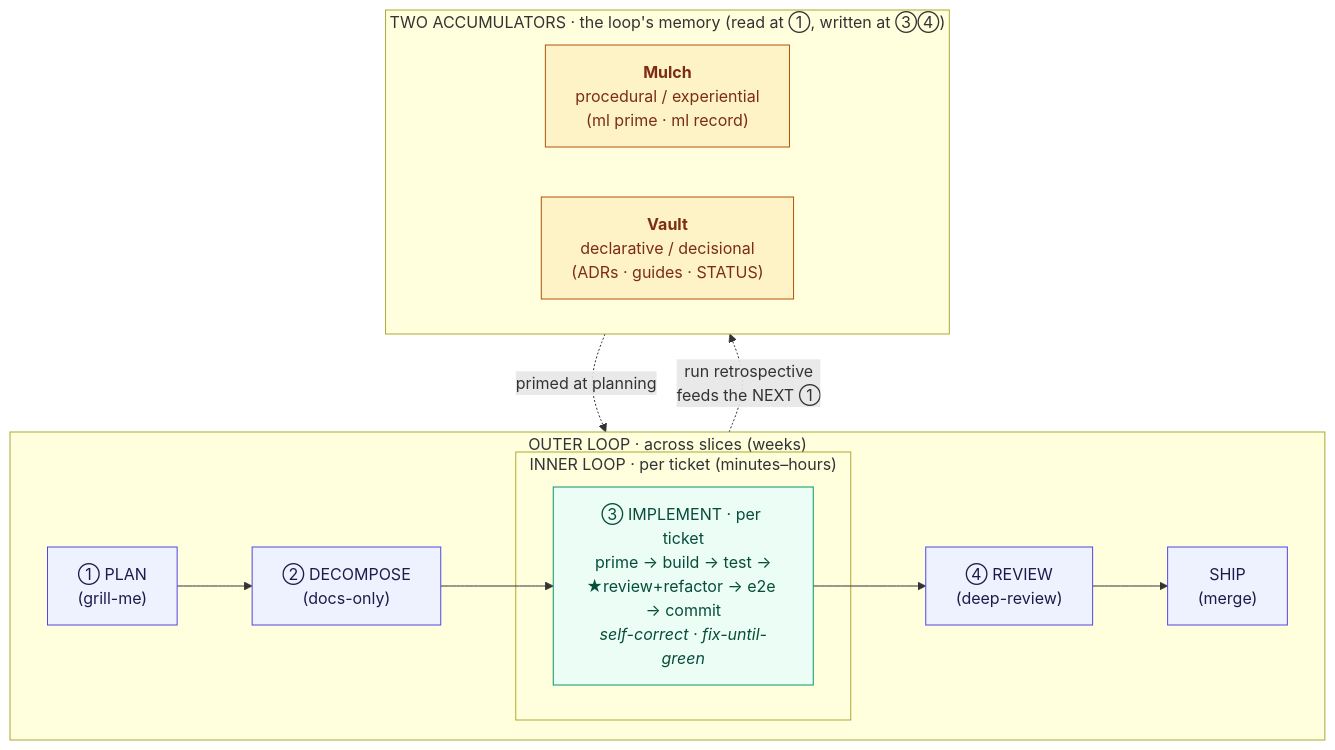
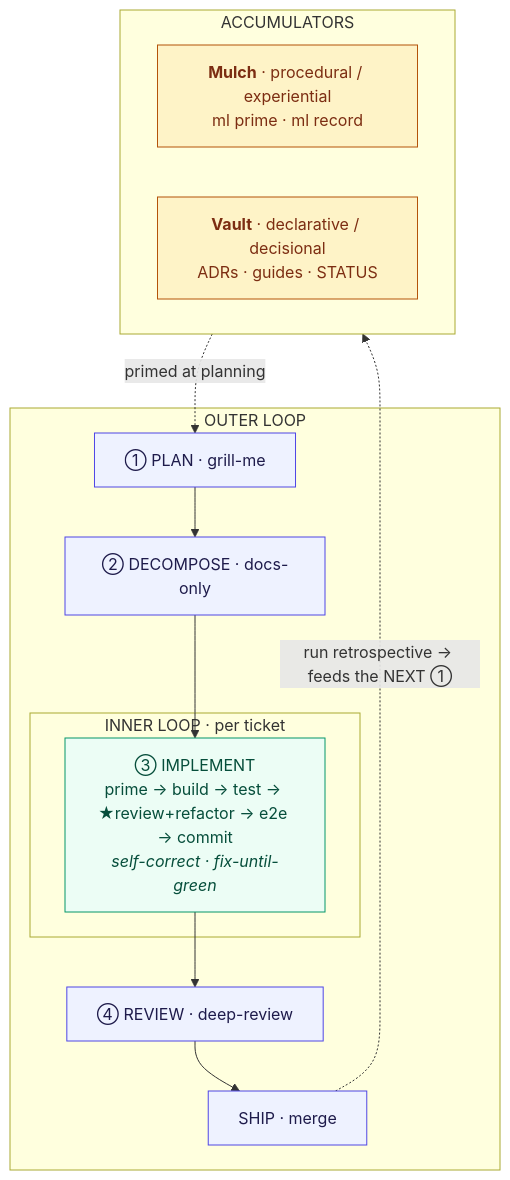
The diagram in docs/methodology/AI-ENGINEERING-METHODOLOGY.md (Void3110/spring-boot-starter-opa-abac), drawn with Mermaid before and after one commit. The commit also changed other lines of this file, not shown here.

First paragraph of the commit message:
docs: fix loop diagram for Obsidian (no title overlap, stacked blocks) (#83)
* docs: make the loop diagram render cleanly in Obsidian too

````diff
--- a/docs/methodology/AI-ENGINEERING-METHODOLOGY.md
+++ b/docs/methodology/AI-ENGINEERING-METHODOLOGY.md
@@ -33,29 +36,27 @@
 ```mermaid
 flowchart TB
-    subgraph OUTER["OUTER LOOP · across slices (weeks)"]
-        direction LR
-        P["① PLAN<br/>(grill-me)"] --> D["② DECOMPOSE<br/>(docs-only)"]
+    subgraph OUTER["OUTER LOOP"]
+        P["① PLAN · grill-me"] --> D["② DECOMPOSE · docs-only"]
         D --> I
-        I --> R["④ REVIEW<br/>(deep-review)"]
-        R --> S["SHIP<br/>(merge)"]
-        subgraph INNER["INNER LOOP · per ticket (minutes–hours)"]
-            I["③ IMPLEMENT · per ticket<br/>prime → build → test →<br/>★review+refactor → e2e → commit<br/><i>self-correct · fix-until-green</i>"]
+        I --> R["④ REVIEW · deep-review"]
+        R --> S["SHIP · merge"]
+        subgraph INNER["INNER LOOP · per ticket"]
+            I["③ IMPLEMENT<br/>prime → build → test → ★review+refactor → e2e → commit<br/><i>self-correct · fix-until-green</i>"]
         end
     end
 
-    subgraph ACC["TWO ACCUMULATORS · the loop's memory (read at ①, written at ③④)"]
-        direction LR
-        M["<b>Mulch</b><br/>procedural / experiential<br/>(ml prime · ml record)"]
-        V["<b>Vault</b><br/>declarative / decisional<br/>(ADRs · guides · STATUS)"]
+    subgraph ACC["ACCUMULATORS"]
+        M["<b>Mulch</b> · procedural / experiential<br/>ml prime · ml record"]
+        V["<b>Vault</b> · declarative / decisional<br/>ADRs · guides · STATUS"]
     end
 
-    S -. "run retrospective<br/>feeds the NEXT ①" .-> ACC
+    S -. "run retrospective → feeds the NEXT ①" .-> ACC
     ACC -. "primed at planning" .-> P
 
     classDef phase fill:#eef2ff,stroke:#4f46e5,color:#1e1b4b;
     classDef inner fill:#ecfdf5,stroke:#059669,color:#064e3b;
     classDef acc fill:#fef3c7,stroke:#b45309,color:#7c2d12;
     class P,D,R,S phase;
     class I inner;
     class M,V acc;
 ```
````
